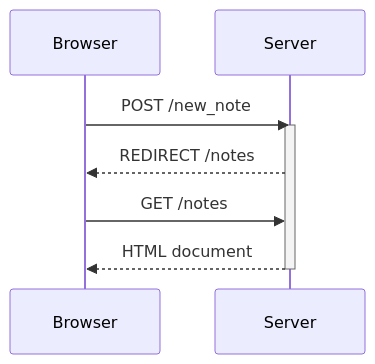
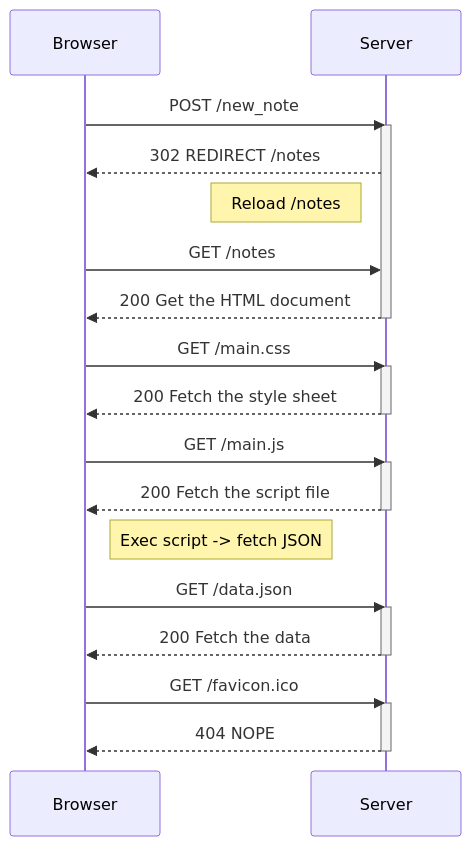
The diagram in Part00/ex04.md (boolYikes/fsopen), drawn with Mermaid before and after one commit. The commit also changed other lines of this file, not shown here.

````diff
--- a/Part00/ex04.md
+++ b/Part00/ex04.md
@@ -2,13 +2,35 @@
 ```mermaid
 sequenceDiagram
     participant Browser
     participant Server
 
     Browser ->> Server: POST /new_note
     activate Server
-    Server -->> Browser: REDIRECT /notes
+    Server -->> Browser: 302 REDIRECT /notes
+    Note left of Server: Reload /notes
     Browser ->> Server: GET /notes
-    Server -->> Browser: HTML document
+    Server -->> Browser: 200 Get the HTML document
     deactivate Server
 
+    Browser ->> Server: GET /main.css
+    activate Server
+    Server -->> Browser: 200 Fetch the style sheet
+    deactivate Server
+
+    Browser ->> Server: GET /main.js
+    activate Server
+    Server -->> Browser: 200 Fetch the script file
+    deactivate Server
+
+    Note right of Browser: Exec script -> fetch JSON
+
+    Browser ->> Server: GET /data.json
+    activate Server
+    Server -->> Browser: 200 Fetch the data
+    deactivate Server
+
+    Browser ->> Server: GET /favicon.ico
+    activate Server
+    Server -->> Browser: 404 NOPE
+    deactivate Server
 ```
````
